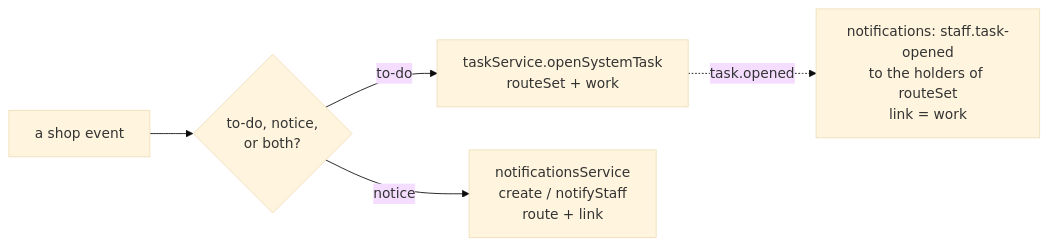
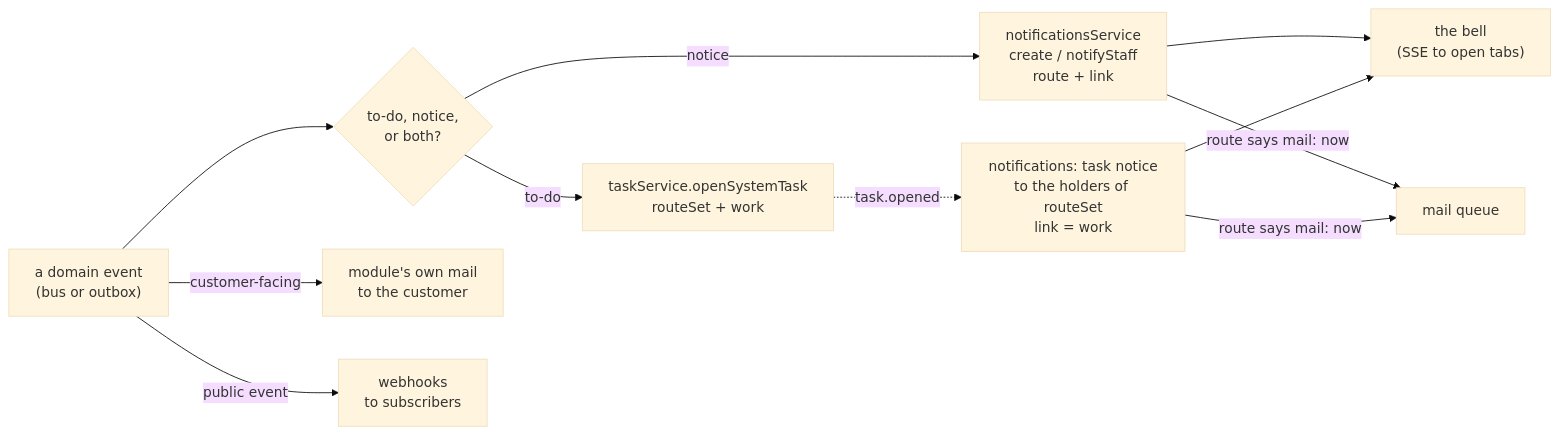
The third of 3 diagrams in docs/modules/shop-tasks.md (Guebbit/boilerplate-node-backend), drawn with Mermaid (base theme) before and after one commit. The commit also changed other lines of this file and 2 other files, not shown here.

Commit message:
docs(email): list every mail we send, finish the outbox event table, and show who is told
Hand-kept per DOCS-1: 39 templates counted, 39 table rows.

The outbox rows go beyond the spec's 9. Each is grep-verified against a
real publish in src (file:line):
- user.review_flagged: users/services/purchase-hold.ts:337
- user.review_cleared: users/services/purchase-hold.ts:161
- payment.dispute_opened, payment.dispute_updated: payments/services/disputes.ts:152
- payment.refund_canceled: payments/services/refunds.ts:1073
- payment.refund_reversed: payments/services/refund-settlement.ts:400
- payment.refund_owed_by_hand: payments/services/refunds.ts:239
- payment.amount_mismatch: payments/services/settlement.ts:174
- account.authenticator-removed: account/services/two-factor-enrollment.ts:84
- account.export_ready, account.export_failed: account/services/export-job.ts:127
- stock_alert.sent: stock-alerts/service.ts:132

````diff
--- a/docs/modules/shop-tasks.md
+++ b/docs/modules/shop-tasks.md
@@ -180,7 +183,13 @@
 ```mermaid
 flowchart LR
-    E["a shop event"] --> D{"to-do, notice,<br/>or both?"}
+    E["a domain event<br/>(bus or outbox)"] --> D{"to-do, notice,<br/>or both?"}
     D -->|"to-do"| OT["taskService.openSystemTask<br/>routeSet + work"]
     D -->|"notice"| NS["notificationsService<br/>create / notifyStaff<br/>route + link"]
-    OT -. "task.opened" .-> TN["notifications: staff.task-opened<br/>to the holders of routeSet<br/>link = work"]
+    OT -. "task.opened" .-> TN["notifications: task notice<br/>to the holders of routeSet<br/>link = work"]
+    NS --> BELL["the bell<br/>(SSE to open tabs)"]
+    TN --> BELL
+    NS -->|"route says mail: now"| MAIL["mail queue"]
+    TN -->|"route says mail: now"| MAIL
+    E -->|"customer-facing"| CM["module's own mail<br/>to the customer"]
+    E -->|"public event"| WH["webhooks<br/>to subscribers"]
 ```
````
